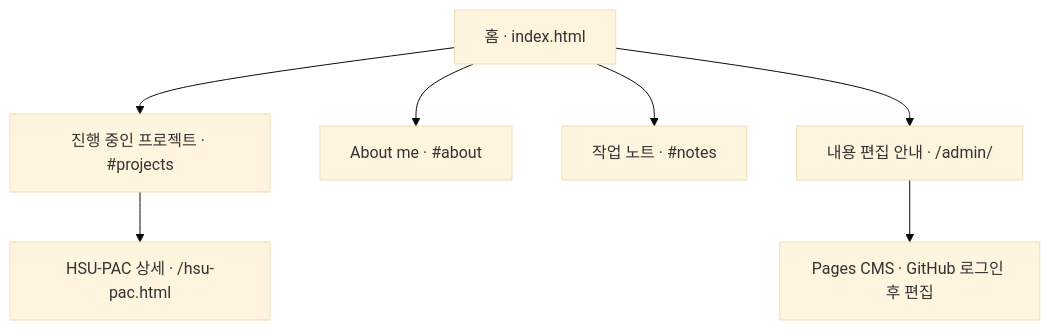
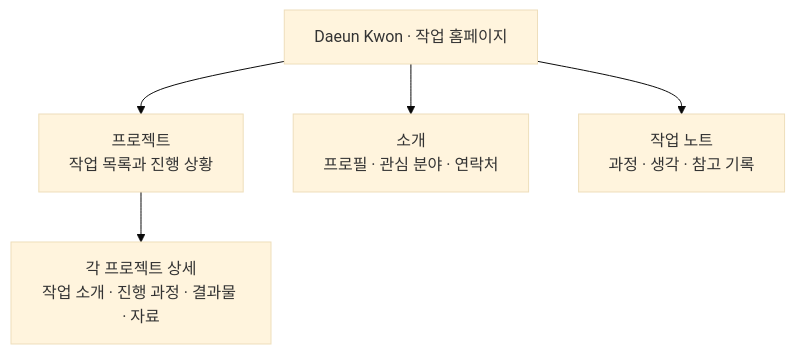
The first of 2 diagrams in README.md (Ddaeunn425/ddaeunn425.github.io), drawn with Mermaid (base theme) before and after one commit. The commit also changed other lines of this file, not shown here.

````diff
--- a/README.md
+++ b/README.md
@@ -17,17 +15,13 @@
 ```mermaid
 flowchart TD
-    Home["홈 · index.html"]
-    Projects["진행 중인 프로젝트 · #projects"]
-    About["About me · #about"]
-    Notes["작업 노트 · #notes"]
-    HSU["HSU-PAC 상세 · /hsu-pac.html"]
-    Admin["내용 편집 안내 · /admin/"]
-    CMS["Pages CMS · GitHub 로그인 후 편집"]
+    Home["Daeun Kwon · 작업 홈페이지"]
+    Projects["프로젝트<br/>작업 목록과 진행 상황"]
+    About["소개<br/>프로필 · 관심 분야 · 연락처"]
+    Notes["작업 노트<br/>과정 · 생각 · 참고 기록"]
+    Detail["각 프로젝트 상세<br/>작업 소개 · 진행 과정 · 결과물 · 자료"]
 
     Home --> Projects
     Home --> About
     Home --> Notes
-    Projects --> HSU
-    Home --> Admin
-    Admin --> CMS
+    Projects --> Detail
 ```
````
